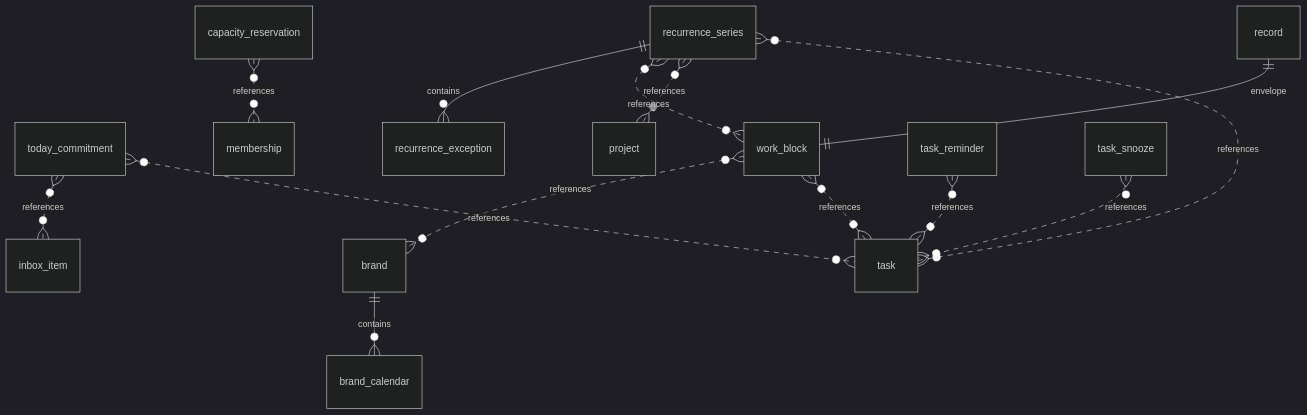
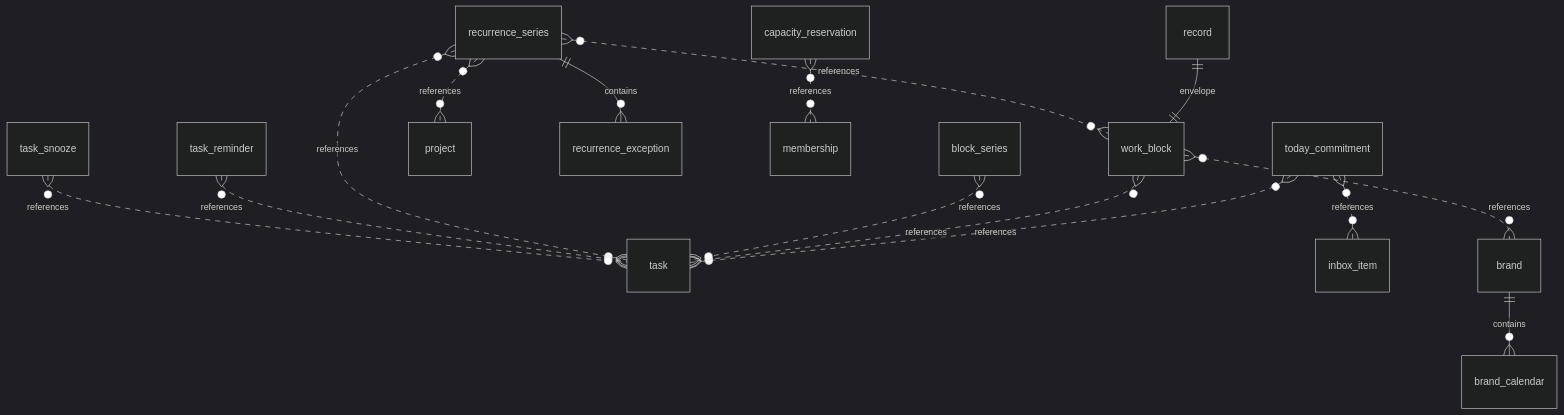
One commit to KatrielMoses/pm changed diagram 15 of 30 in docs/architecture/data/generated/er-diagrams.md. Above: the diagram before and after it, drawn with Mermaid (dark theme). The commit also changed 24 other files, not shown here.

````diff
--- a/docs/architecture/data/generated/er-diagrams.md
+++ b/docs/architecture/data/generated/er-diagrams.md
@@ -217,16 +217,17 @@
 ```mermaid
 erDiagram
   today_commitment }o..o{ task : "references"
   today_commitment }o..o{ inbox_item : "references"
   work_block }o..o{ task : "references"
   work_block }o..o{ brand : "references"
   record ||--|| work_block : "envelope"
+  block_series }o..o{ task : "references"
   recurrence_series }o..o{ task : "references"
   recurrence_series }o..o{ project : "references"
   recurrence_series }o..o{ work_block : "references"
   recurrence_series ||--o{ recurrence_exception : "contains"
   brand ||--o{ brand_calendar : "contains"
   capacity_reservation }o..o{ membership : "references"
   task_reminder }o..o{ task : "references"
   task_snooze }o..o{ task : "references"
 ```
````
